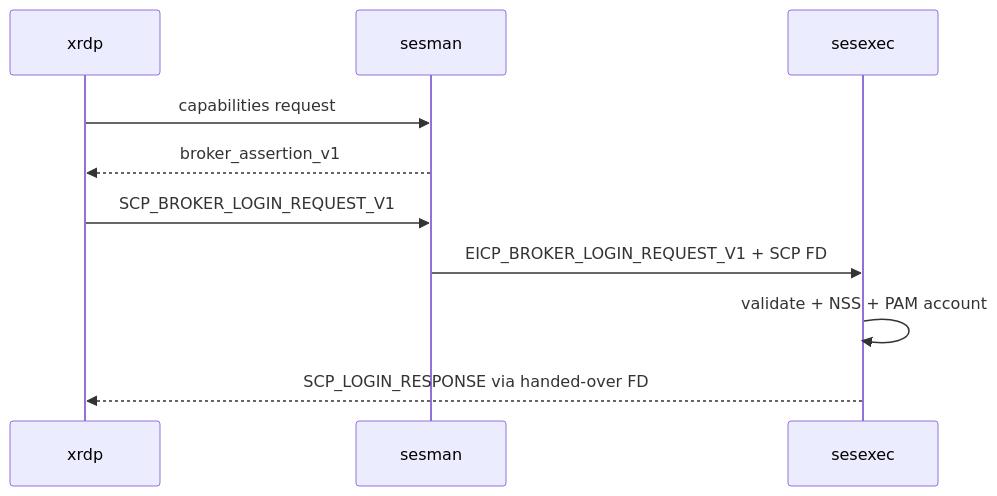
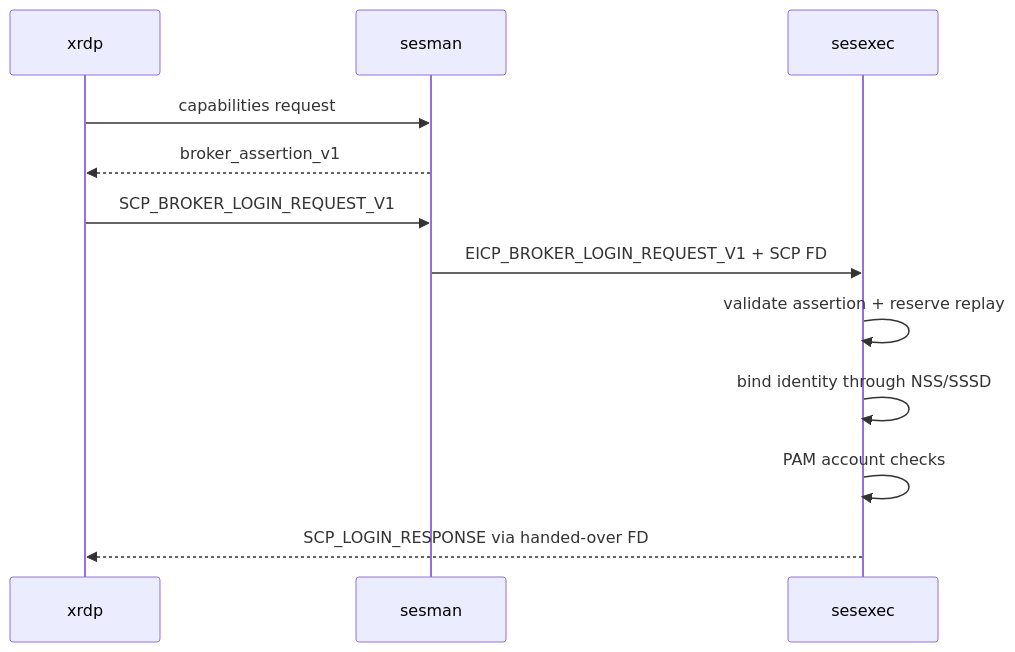
Before and after one commit to risi70/xrdp: the diagram in specification/06-api-and-protocol-specification.md, drawn with Mermaid. The commit also changed other lines of this file and 7 other files, not shown here.

Commit message:
Separate assertion validation from identity binding

````diff
--- a/specification/06-api-and-protocol-specification.md
+++ b/specification/06-api-and-protocol-specification.md
@@ -59,12 +62,14 @@
 ```mermaid
 sequenceDiagram
   participant X as xrdp
   participant S as sesman
   participant E as sesexec
   X->>S: capabilities request
   S-->>X: broker_assertion_v1
   X->>S: SCP_BROKER_LOGIN_REQUEST_V1
   S->>E: EICP_BROKER_LOGIN_REQUEST_V1 + SCP FD
-  E->>E: validate + NSS + PAM account
+  E->>E: validate assertion + reserve replay
+  E->>E: bind identity through NSS/SSSD
+  E->>E: PAM account checks
   E-->>X: SCP_LOGIN_RESPONSE via handed-over FD
 ```
````
